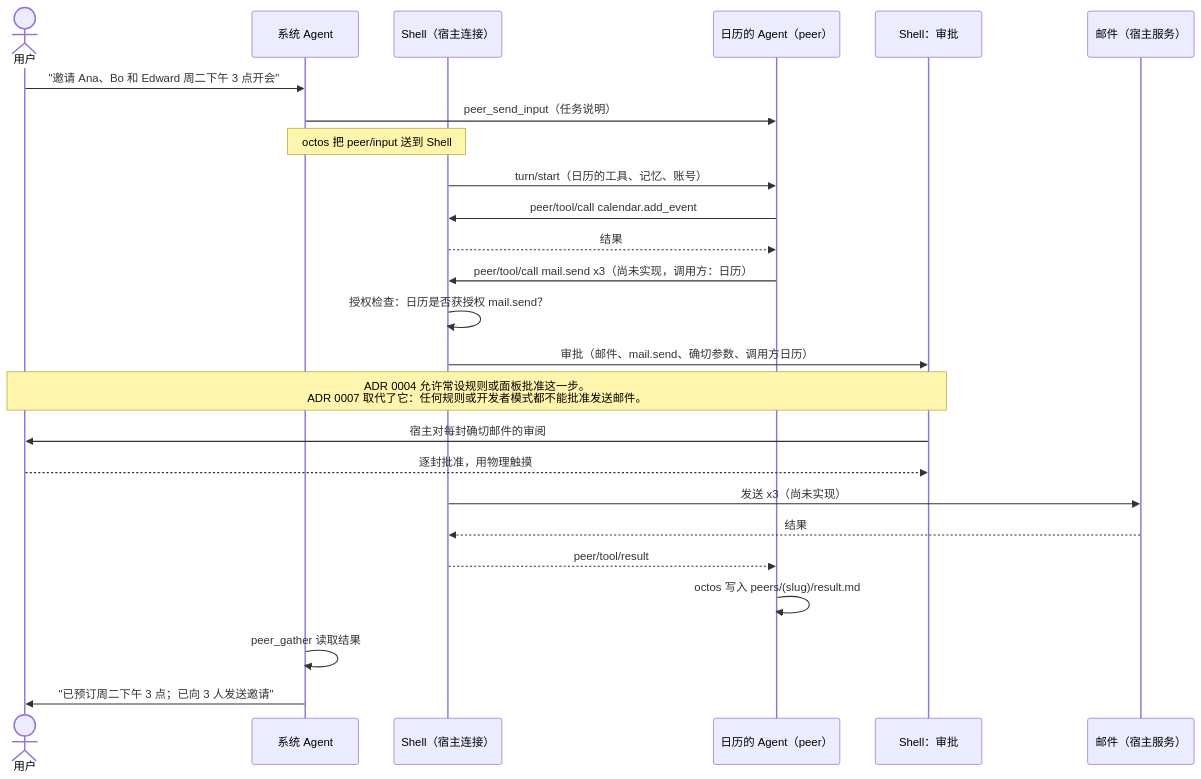
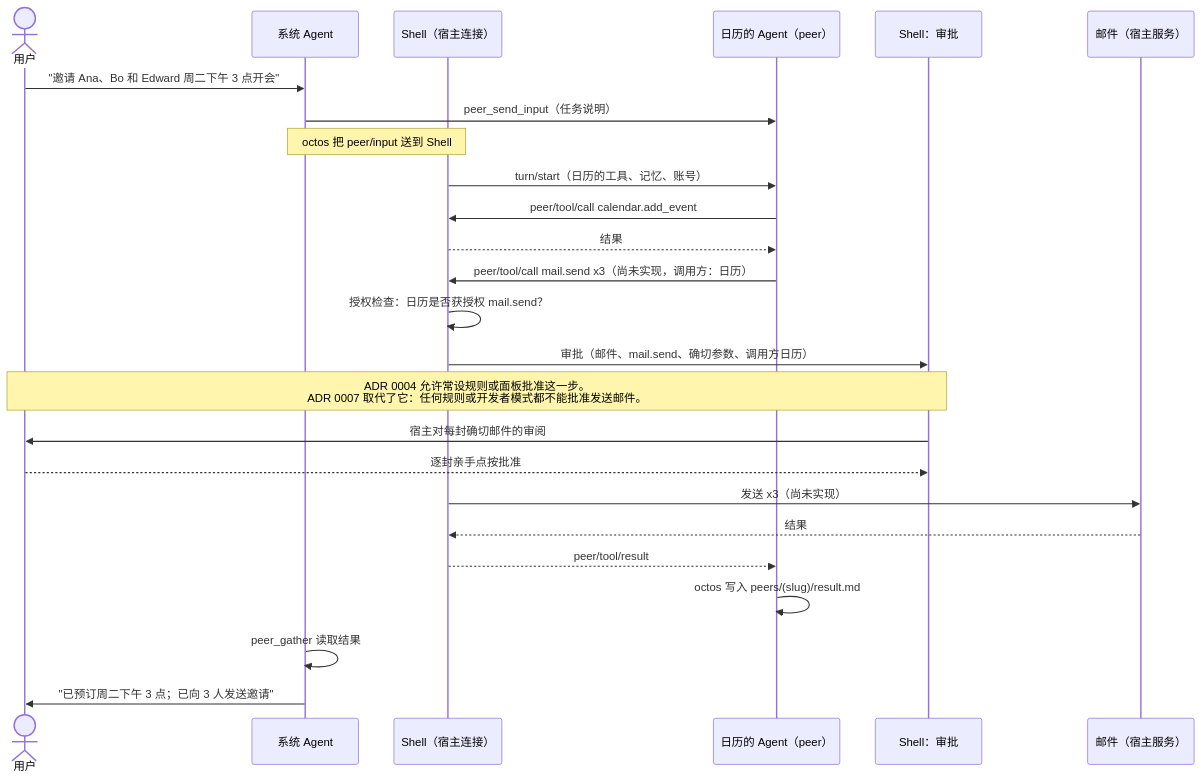
One commit to OctoSense-org/OctoSense changed the fifth of 5 diagrams in docs/architecture.zh-CN.md. Above: the diagram before and after it, drawn with Mermaid. The commit also changed other lines of this file and 32 other files, not shown here.

````diff
--- a/docs/architecture.zh-CN.md
+++ b/docs/architecture.zh-CN.md
@@ -419,27 +450,27 @@
 ```mermaid
 sequenceDiagram
   actor P as 用户
   participant S as 系统 Agent
   participant SH as Shell（宿主连接）
   participant C as 日历的 Agent（peer）
   participant R as Shell：审批
   participant M as 邮件（宿主服务）
   P->>S: "邀请 Ana、Bo 和 Edward 周二下午 3 点开会"
   S->>C: peer_send_input（任务说明）
   Note over S,SH: octos 把 peer/input 送到 Shell
   SH->>C: turn/start（日历的工具、记忆、账号）
   C->>SH: peer/tool/call calendar.add_event
   SH-->>C: 结果
   C->>SH: peer/tool/call mail.send x3（尚未实现，调用方：日历）
   SH->>SH: 授权检查：日历是否获授权 mail.send？
   SH->>R: 审批（邮件、mail.send、确切参数、调用方日历）
   Note over R,P: ADR 0004 允许常设规则或面板批准这一步。<br/>ADR 0007 取代了它：任何规则或开发者模式都不能批准发送邮件。
   R->>P: 宿主对每封确切邮件的审阅
-  P-->>R: 逐封批准，用物理触摸
+  P-->>R: 逐封亲手点按批准
   SH->>M: 发送 x3（尚未实现）
   M-->>SH: 结果
   SH-->>C: peer/tool/result
   C->>C: octos 写入 peers/(slug)/result.md
   S->>S: peer_gather 读取结果
   S->>P: "已预订周二下午 3 点；已向 3 人发送邀请"
 ```
````
